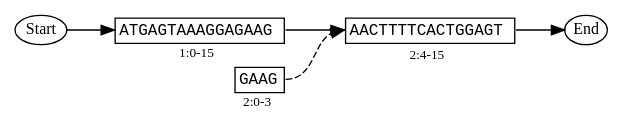
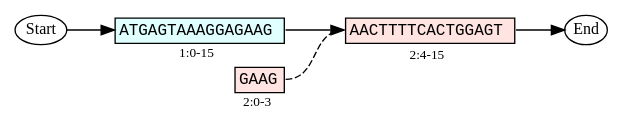
Before and after one commit to ginkgobioworks/gen: the diagram in docs/figures/operators/stitch_right_custom.dot, drawn with Graphviz. The commit also changed 13 other files, not shown here.

```diff
--- a/docs/figures/operators/stitch_right_custom.dot
+++ b/docs/figures/operators/stitch_right_custom.dot
@@ -1,36 +1,36 @@
 strict digraph "" {
 	graph [fontnames=svg,
 		rankdir=LR,
 		nodesep=0
 	];
 	node [label="\N"];
 	start	[fontsize=12,
 		height=0.3,
 		label=Start,
 		margin=0,
 		width=0.45];
-	1 	[label=<<TABLE BORDER='0' CELLSPACING='0' WIDTH='135'><TR><TD BORDER='1' ALIGN='CENTER' PORT='seq'><FONT POINT-SIZE='12' FACE='Monospace'>ATGAGTAAAGGAGAAG</FONT></TD></TR><TR><TD BORDER='0' ALIGN='CENTER'><FONT POINT-SIZE='10'>1:0-15</FONT></TD></TR></TABLE>>,
+	1 	[label=<<TABLE BORDER='0' CELLSPACING='0' WIDTH='135'><TR><TD BORDER='1' ALIGN='CENTER' BGCOLOR='LIGHTCYAN' PORT='seq'><FONT POINT-SIZE='12' FACE='Monospace'>ATGAGTAAAGGAGAAG</FONT></TD></TR><TR><TD BORDER='0' ALIGN='CENTER'><FONT POINT-SIZE='10'>1:0-15</FONT></TD></TR></TABLE>>,
 		margin=0,
 		shape=none];
-	2	[label=<<TABLE BORDER='0'><TR><TD BORDER='1' ALIGN='CENTER' PORT='seq'><FONT POINT-SIZE='12' FACE='Monospace'>AACTTTTCACTGGAGT</FONT></TD></TR><TR><TD BORDER='0' ALIGN='CENTER'><FONT POINT-SIZE='10'>2:4-15</FONT></TD></TR></TABLE>>,
+	2	[label=<<TABLE BORDER='0'><TR><TD BORDER='1' ALIGN='CENTER' BGCOLOR='MISTYROSE' PORT='seq'><FONT POINT-SIZE='12' FACE='Monospace'>AACTTTTCACTGGAGT</FONT></TD></TR><TR><TD BORDER='0' ALIGN='CENTER'><FONT POINT-SIZE='10'>2:4-15</FONT></TD></TR></TABLE>>,
 		margin=0,
 		shape=none,
 		rankjustify=min];
  
-	3 	[label=<<TABLE BORDER='0' CELLSPACING='0' WIDTH='135'><TR><TD BORDER='0' WIDTH='90'></TD><TD ALIGN='CENTER' BORDER='1' PORT='seq'><FONT POINT-SIZE='12' FACE='Monospace'>GAAG</FONT></TD></TR><TR><TD BORDER='0'></TD><TD BORDER='0' ALIGN='CENTER'><FONT POINT-SIZE='10'>2:0-3</FONT></TD></TR></TABLE>>,
+	3 	[label=<<TABLE BORDER='0' CELLSPACING='0' WIDTH='135'><TR><TD BORDER='0' WIDTH='90'></TD><TD ALIGN='CENTER' BORDER='1'  BGCOLOR='MISTYROSE' PORT='seq'><FONT POINT-SIZE='12' FACE='Monospace'>GAAG</FONT></TD></TR><TR><TD BORDER='0'></TD><TD BORDER='0' ALIGN='CENTER'><FONT POINT-SIZE='10'>2:0-3</FONT></TD></TR></TABLE>>,
 		margin=0,
 		shape=none,
 		rankjustify=min];
 
 	end	[fontsize=12,
 		height=0.3,
 		label=End,
 		margin=0,
 		width=0.45];
 
 	start:e -> 1:seq:w;
 	1:seq:e -> 2:seq:w [weight=10];
-	3:seq:e -> 2:seq:w [style=dashed];
+	3:seq:e -> 2:seq:w [style=dashed, arrowhead=none];
 	2:seq:e -> end:w;
 
 }
```
